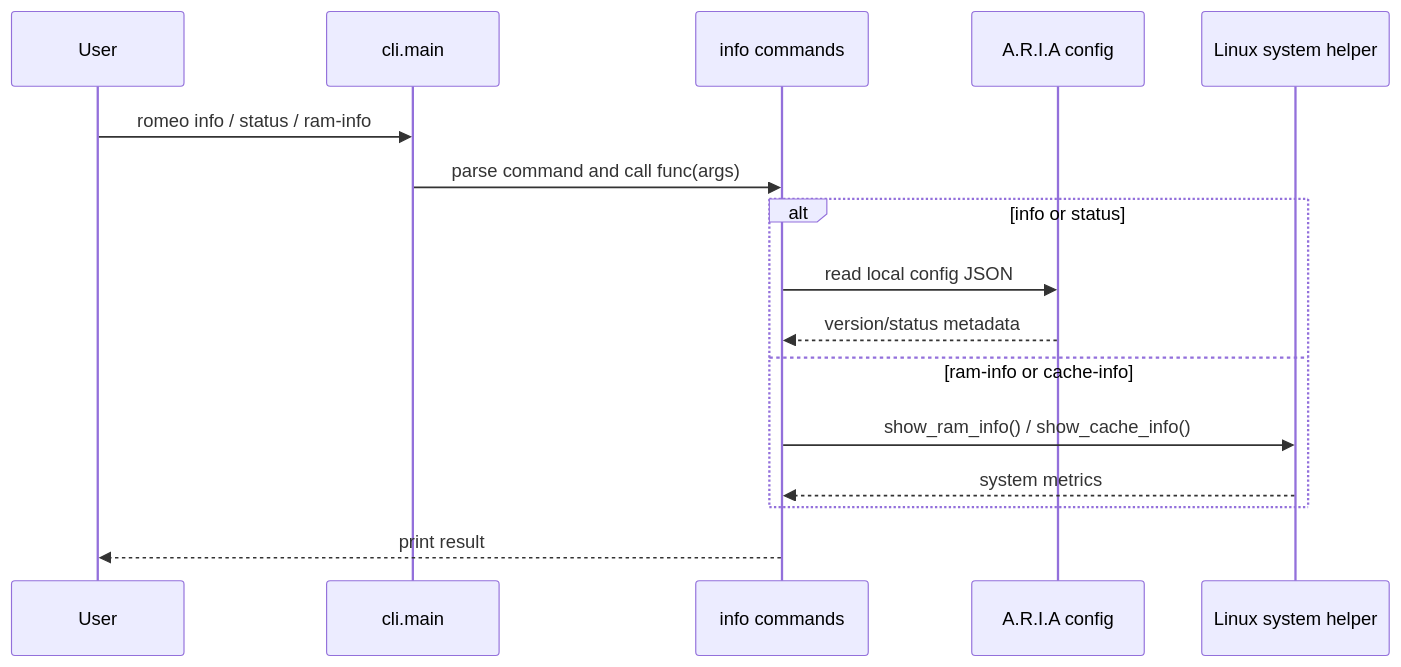
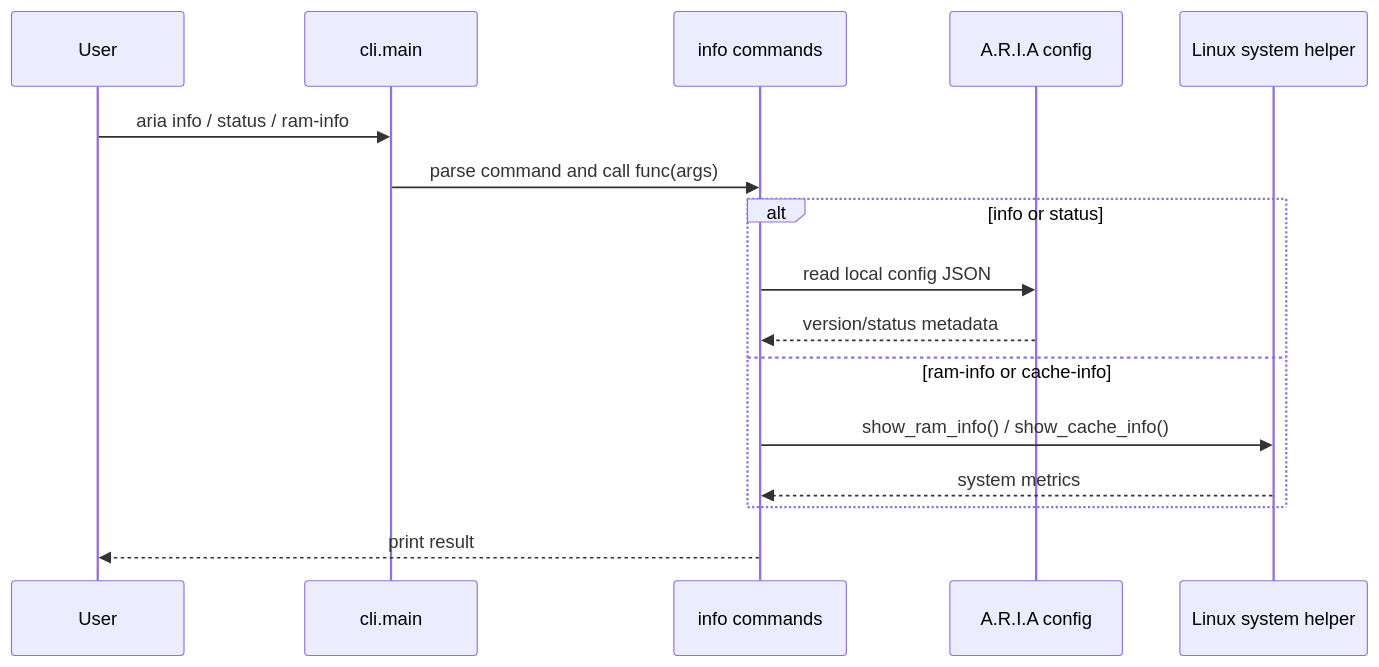
The third of 3 diagrams in docs/code-graphs.md (Shishir-Kc/Elysium), drawn with Mermaid before and after one commit. The commit also changed 3 other files, not shown here.

Commit message:
feat: rename romeo cli command to aria

````diff
--- a/docs/code-graphs.md
+++ b/docs/code-graphs.md
@@ -95,19 +95,19 @@
 ```mermaid
 sequenceDiagram
     participant User
     participant CLI as cli.main
     participant Cmd as info commands
     participant Config as A.R.I.A config
     participant Linux as Linux system helper
 
-    User->>CLI: romeo info / status / ram-info
+    User->>CLI: aria info / status / ram-info
     CLI->>Cmd: parse command and call func(args)
     alt info or status
         Cmd->>Config: read local config JSON
         Config-->>Cmd: version/status metadata
     else ram-info or cache-info
         Cmd->>Linux: show_ram_info() / show_cache_info()
         Linux-->>Cmd: system metrics
     end
     Cmd-->>User: print result
 ```
````
